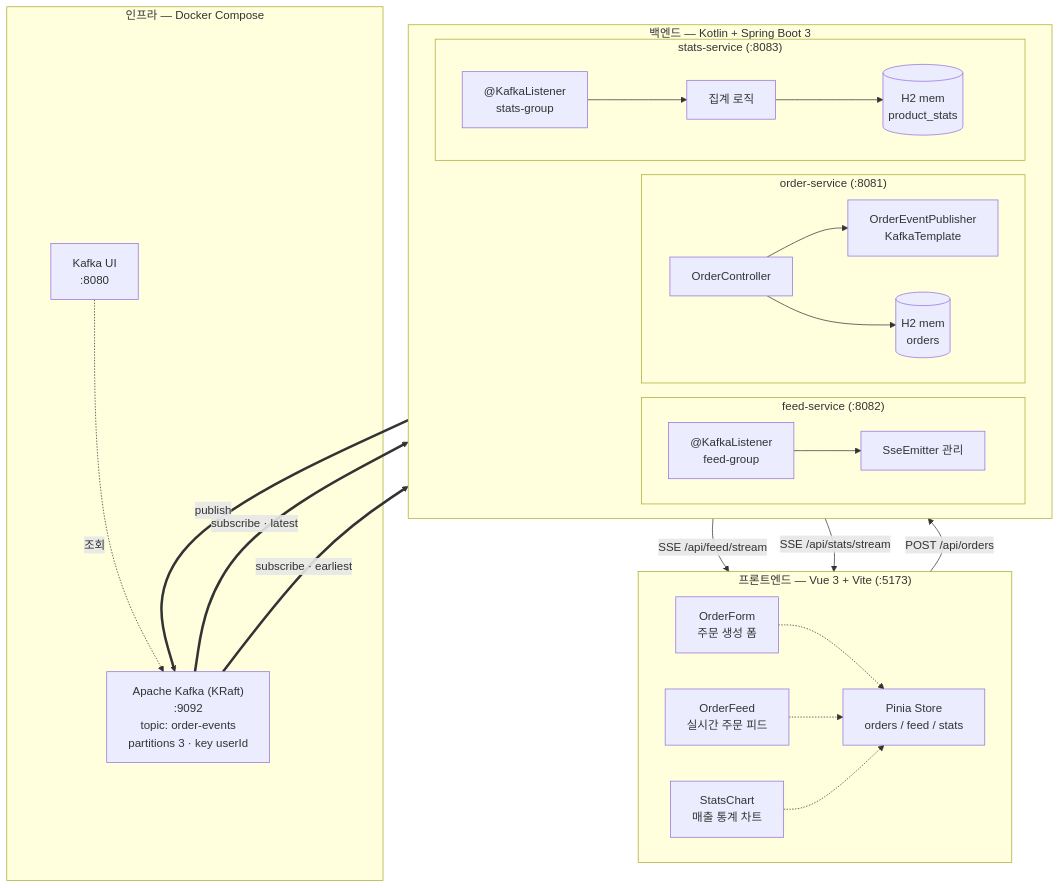
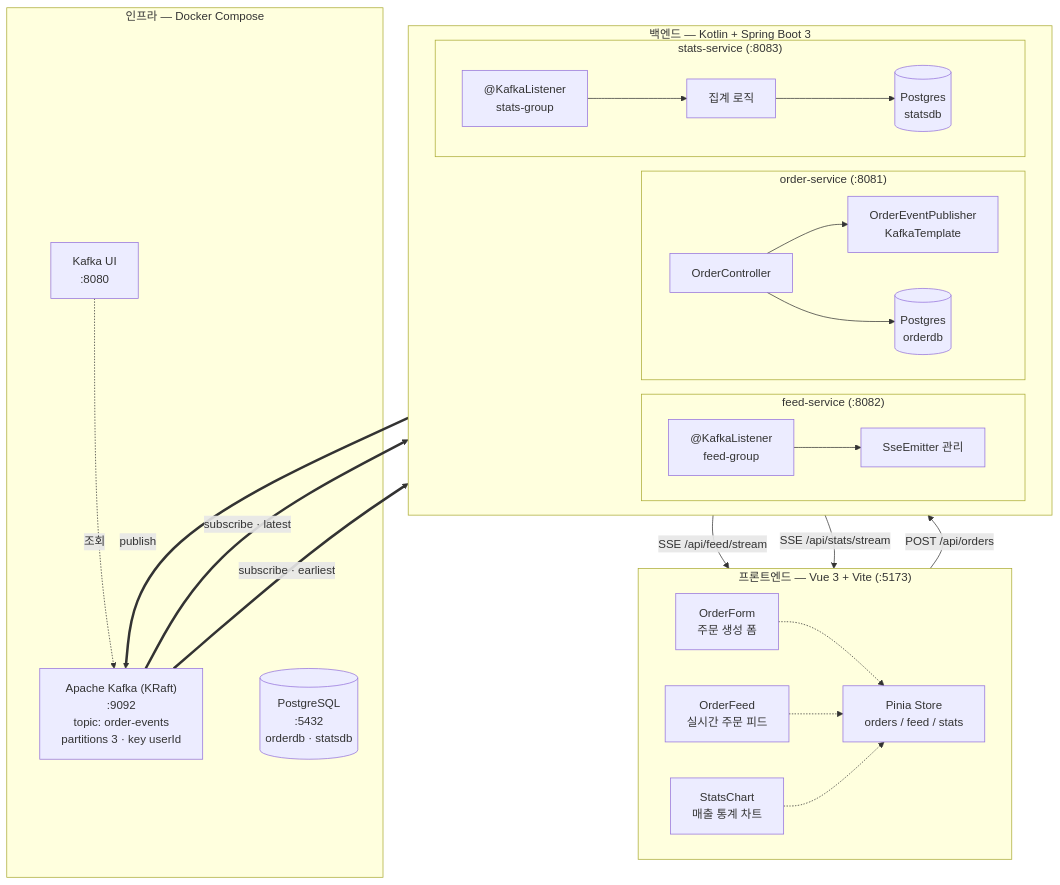
Before and after one commit to ytw9699/kafka_study: the first of 6 diagrams in docs/planning/02-architecture.md, drawn with Mermaid. The commit also changed other lines of this file and 17 other files, not shown here.

````diff
--- a/docs/planning/02-architecture.md
+++ b/docs/planning/02-architecture.md
@@ -7,49 +7,50 @@
 ```mermaid
 flowchart TB
     subgraph FE["프론트엔드 — Vue 3 + Vite (:5173)"]
         direction LR
         V1["OrderForm<br/>주문 생성 폼"]
         V2["OrderFeed<br/>실시간 주문 피드"]
         V3["StatsChart<br/>매출 통계 차트"]
         VS["Pinia Store<br/>orders / feed / stats"]
         V1 -.-> VS
         V2 -.-> VS
         V3 -.-> VS
     end
 
     subgraph BE["백엔드 — Kotlin + Spring Boot 3"]
         direction LR
         subgraph OS["order-service (:8081)"]
             OSC["OrderController"]
             OSP["OrderEventPublisher<br/>KafkaTemplate"]
-            OSD[("H2 mem<br/>orders")]
+            OSD[("Postgres<br/>orderdb")]
             OSC --> OSP
             OSC --> OSD
         end
         subgraph FS["feed-service (:8082)"]
             FSL["@KafkaListener<br/>feed-group"]
             FSE["SseEmitter 관리"]
             FSL --> FSE
         end
         subgraph SS["stats-service (:8083)"]
             SSL["@KafkaListener<br/>stats-group"]
             SSA["집계 로직"]
-            SSD[("H2 mem<br/>product_stats")]
+            SSD[("Postgres<br/>statsdb")]
             SSL --> SSA --> SSD
         end
     end
 
     subgraph INF["인프라 — Docker Compose"]
         K["Apache Kafka (KRaft)<br/>:9092<br/>topic: order-events<br/>partitions 3 · key userId"]
         KUI["Kafka UI<br/>:8080"]
+        PG[("PostgreSQL<br/>:5432<br/>orderdb · statsdb")]
         KUI -.조회.-> K
     end
 
     V1 -->|"POST /api/orders"| OSC
     FSE -->|"SSE /api/feed/stream"| V2
     SSA -->|"SSE /api/stats/stream"| V3
 
     OSP ==>|publish| K
     K ==>|"subscribe · latest"| FSL
     K ==>|"subscribe · earliest"| SSL
 ```
````
